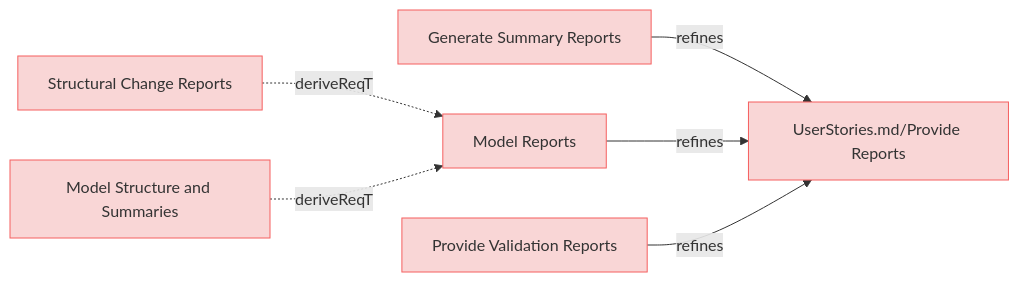
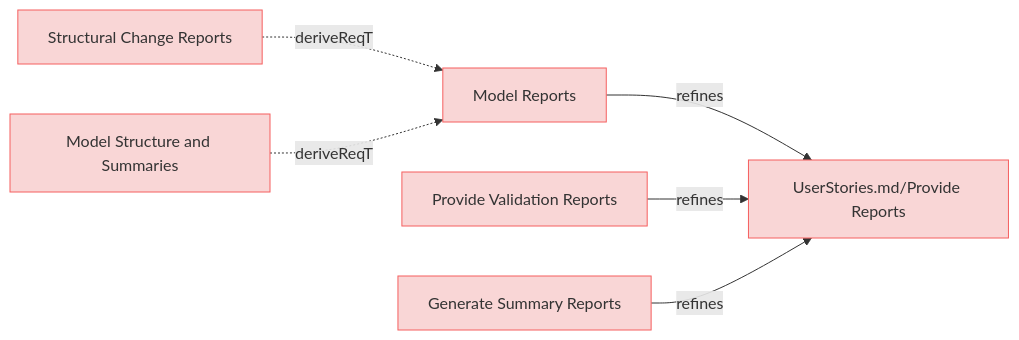
One commit to reqvire-org/reqvire changed the fifth of 9 diagrams in specifications/UserRequirements.md. Above: the diagram before and after it, drawn with Mermaid. The commit also changed other lines of this file and 16 other files, not shown here.

````diff
--- a/specifications/UserRequirements.md
+++ b/specifications/UserRequirements.md
@@ -369,32 +369,32 @@
 ```mermaid
 graph LR;
   %% Graph styling
   classDef requirement fill:#f9d6d6,stroke:#f55f5f,stroke-width:1px;
   classDef verification fill:#d6f9d6,stroke:#5fd75f,stroke-width:1px;
   classDef externalLink fill:#d0e0ff,stroke:#3080ff,stroke-width:1px;
   classDef default fill:#f5f5f5,stroke:#333333,stroke-width:1px;
 
-  db41436c9a771e21["Generate Summary Reports"];
-  click db41436c9a771e21 "https://github.com/Reqvire/reqvire/blob/92e82ef235559b4819fd85d700024b79b452d8e3/specifications/UserRequirements.md#generate-summary-reports";
-  class db41436c9a771e21 requirement;
+  98d3f01fb666c41f["Model Reports"];
+  click 98d3f01fb666c41f "https://github.com/Reqvire/reqvire/blob/30536324899084e88969175e3613c971ffa6e108/specifications/UserRequirements.md#model-reports";
+  class 98d3f01fb666c41f requirement;
   9cb6618c17d19a11["UserStories.md/Provide Reports"];
   class 9cb6618c17d19a11 requirement;
-  click 9cb6618c17d19a11 "https://github.com/Reqvire/reqvire/blob/92e82ef235559b4819fd85d700024b79b452d8e3/specifications/UserStories.md#provide-reports";
-  db41436c9a771e21 -->|refines| 9cb6618c17d19a11;
-  98d3f01fb666c41f["Model Reports"];
-  click 98d3f01fb666c41f "https://github.com/Reqvire/reqvire/blob/92e82ef235559b4819fd85d700024b79b452d8e3/specifications/UserRequirements.md#model-reports";
-  class 98d3f01fb666c41f requirement;
+  click 9cb6618c17d19a11 "https://github.com/Reqvire/reqvire/blob/30536324899084e88969175e3613c971ffa6e108/specifications/UserStories.md#provide-reports";
   98d3f01fb666c41f -->|refines| 9cb6618c17d19a11;
   6572e9cc4d78415a["Structural Change Reports"];
-  click 6572e9cc4d78415a "https://github.com/Reqvire/reqvire/blob/92e82ef235559b4819fd85d700024b79b452d8e3/specifications/UserRequirements.md#structural-change-reports";
+  click 6572e9cc4d78415a "https://github.com/Reqvire/reqvire/blob/30536324899084e88969175e3613c971ffa6e108/specifications/UserRequirements.md#structural-change-reports";
   class 6572e9cc4d78415a requirement;
   6572e9cc4d78415a -.->|deriveReqT| 98d3f01fb666c41f;
+  40de7485b25294["Model Structure and Summaries"];
+  click 40de7485b25294 "https://github.com/Reqvire/reqvire/blob/30536324899084e88969175e3613c971ffa6e108/specifications/UserRequirements.md#model-structure-and-summaries";
+  class 40de7485b25294 requirement;
+  40de7485b25294 -.->|deriveReqT| 98d3f01fb666c41f;
   2d3cfde19fc6bb79["Provide Validation Reports"];
-  click 2d3cfde19fc6bb79 "https://github.com/Reqvire/reqvire/blob/92e82ef235559b4819fd85d700024b79b452d8e3/specifications/UserRequirements.md#provide-validation-reports";
+  click 2d3cfde19fc6bb79 "https://github.com/Reqvire/reqvire/blob/30536324899084e88969175e3613c971ffa6e108/specifications/UserRequirements.md#provide-validation-reports";
   class 2d3cfde19fc6bb79 requirement;
   2d3cfde19fc6bb79 -->|refines| 9cb6618c17d19a11;
-  40de7485b25294["Model Structure and Summaries"];
-  click 40de7485b25294 "https://github.com/Reqvire/reqvire/blob/92e82ef235559b4819fd85d700024b79b452d8e3/specifications/UserRequirements.md#model-structure-and-summaries";
-  class 40de7485b25294 requirement;
-  40de7485b25294 -.->|deriveReqT| 98d3f01fb666c41f;
+  db41436c9a771e21["Generate Summary Reports"];
+  click db41436c9a771e21 "https://github.com/Reqvire/reqvire/blob/30536324899084e88969175e3613c971ffa6e108/specifications/UserRequirements.md#generate-summary-reports";
+  class db41436c9a771e21 requirement;
+  db41436c9a771e21 -->|refines| 9cb6618c17d19a11;
 ```
````
